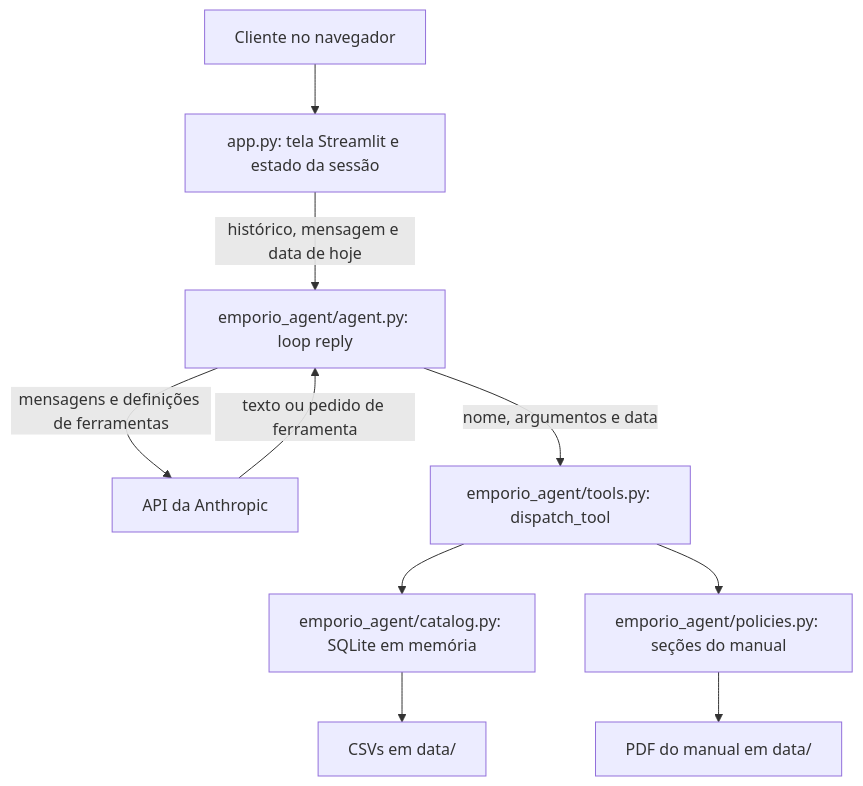
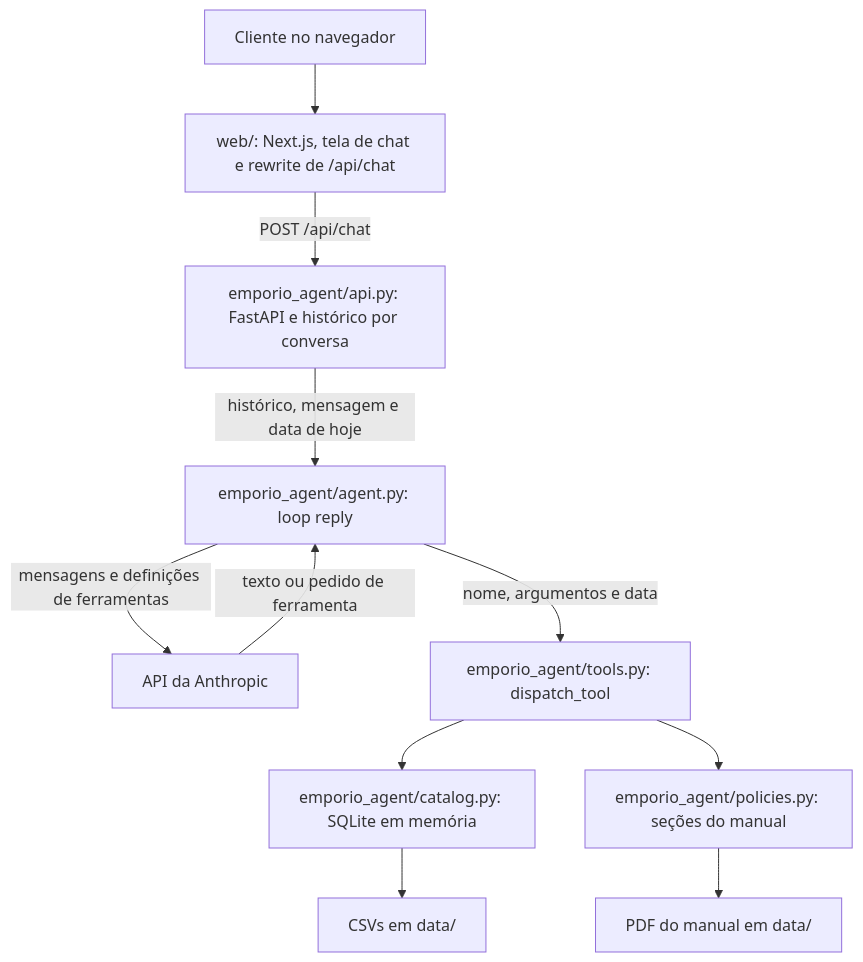
The diagram in README.md (dudunog/emporio-da-musica), drawn with Mermaid before and after one commit. The commit also changed other lines of this file, not shown here.

Commit message:
docs(readme): describe the Next.js app and the Python API

````diff
--- a/README.md
+++ b/README.md
@@ -56,12 +48,13 @@
 ```mermaid
 flowchart TD
-    cliente[Cliente no navegador] --> app["app.py: tela Streamlit e estado da sessão"]
-    app -->|histórico, mensagem e data de hoje| agente["emporio_agent/agent.py: loop reply"]
-    agente -->|mensagens e definições de ferramentas| api[API da Anthropic]
-    api -->|texto ou pedido de ferramenta| agente
-    agente -->|nome, argumentos e data| ferramentas["emporio_agent/tools.py: dispatch_tool"]
+    navegador["Cliente no navegador"] --> next["web/: Next.js, tela de chat e rewrite de /api/chat"]
+    next -->|"POST /api/chat"| api["emporio_agent/api.py: FastAPI e histórico por conversa"]
+    api -->|"histórico, mensagem e data de hoje"| agente["emporio_agent/agent.py: loop reply"]
+    agente -->|"mensagens e definições de ferramentas"| anthropic["API da Anthropic"]
+    anthropic -->|"texto ou pedido de ferramenta"| agente
+    agente -->|"nome, argumentos e data"| ferramentas["emporio_agent/tools.py: dispatch_tool"]
     ferramentas --> catalogo["emporio_agent/catalog.py: SQLite em memória"]
     ferramentas --> politicas["emporio_agent/policies.py: seções do manual"]
-    catalogo --> csv[CSVs em data/]
-    politicas --> pdf[PDF do manual em data/]
+    catalogo --> csv["CSVs em data/"]
+    politicas --> pdf["PDF do manual em data/"]
 ```
````
